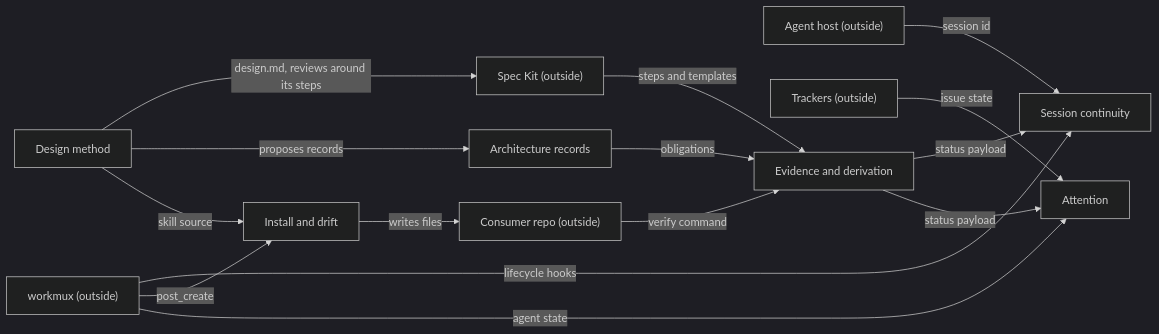
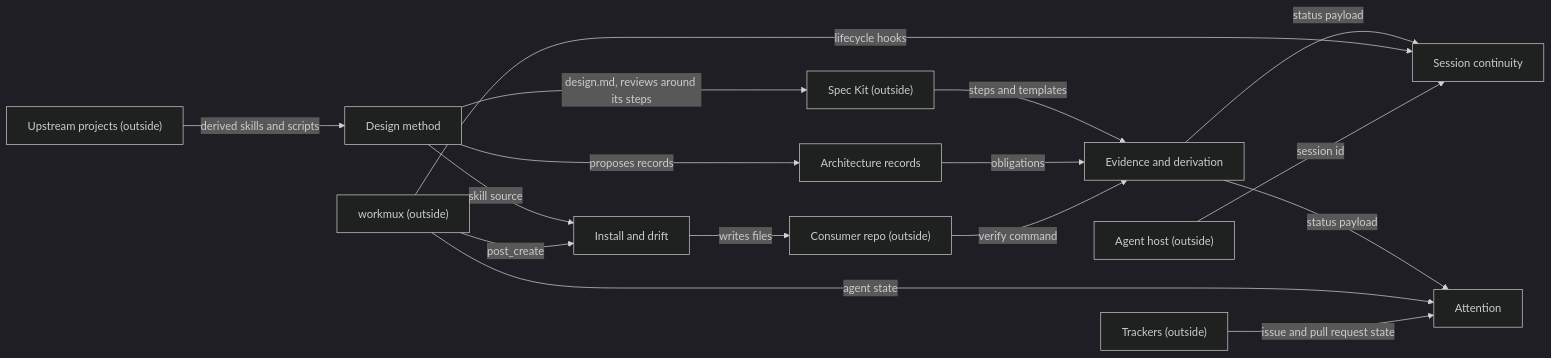
One commit to aamarin/wfctl changed the second of 2 diagrams in docs/architecture/domain/wfctl.md. Above: the diagram before and after it, drawn with Mermaid (dark theme). The commit also changed other lines of this file, not shown here.

````diff
--- a/docs/architecture/domain/wfctl.md
+++ b/docs/architecture/domain/wfctl.md
@@ -119,29 +120,31 @@
 ```mermaid
 flowchart LR
     SK["Spec Kit (outside)"]
     WM["workmux (outside)"]
     HOST["Agent host (outside)"]
     REPO["Consumer repo (outside)"]
     TR["Trackers (outside)"]
+    UP["Upstream projects (outside)"]
     DM["Design method"]
     AR["Architecture records"]
     EV["Evidence and derivation"]
     IN["Install and drift"]
     SC["Session continuity"]
     AT["Attention"]
 
     SK -->|"steps and templates"| EV
     DM -->|"design.md, reviews around its steps"| SK
     DM -->|"proposes records"| AR
     AR -->|"obligations"| EV
     DM -->|"skill source"| IN
     EV -->|"status payload"| SC
     EV -->|"status payload"| AT
     WM -->|"lifecycle hooks"| SC
     WM -->|"post_create"| IN
     WM -->|"agent state"| AT
     HOST -->|"session id"| SC
     REPO -->|"verify command"| EV
     IN -->|"writes files"| REPO
-    TR -->|"issue state"| AT
+    TR -->|"issue and pull request state"| AT
+    UP -->|"derived skills and scripts"| DM
 ```
````
